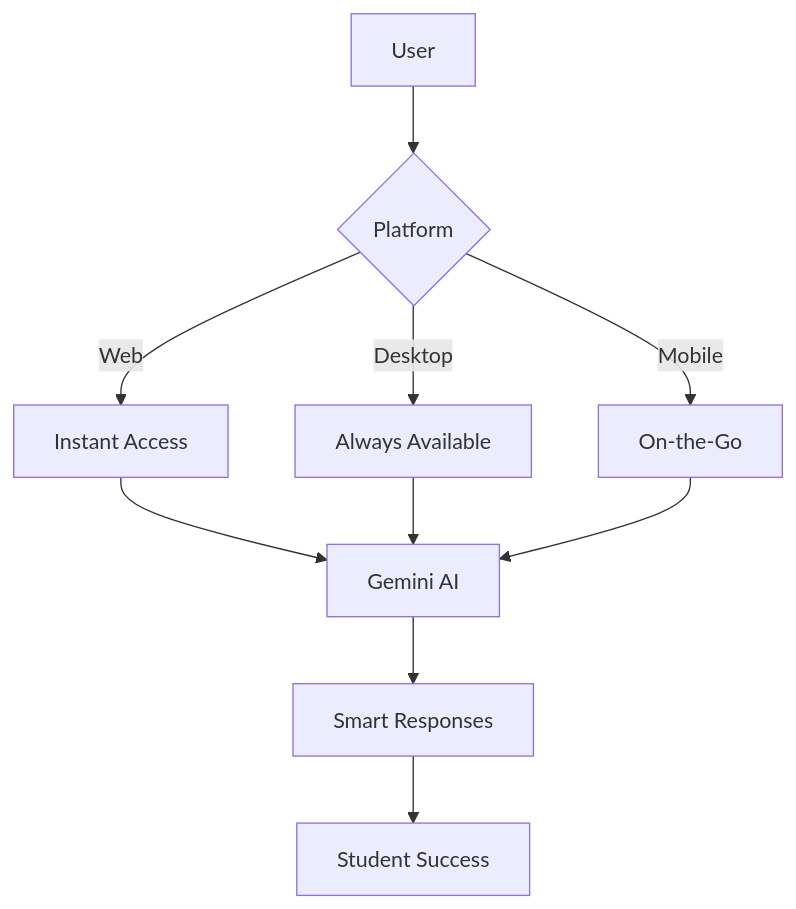
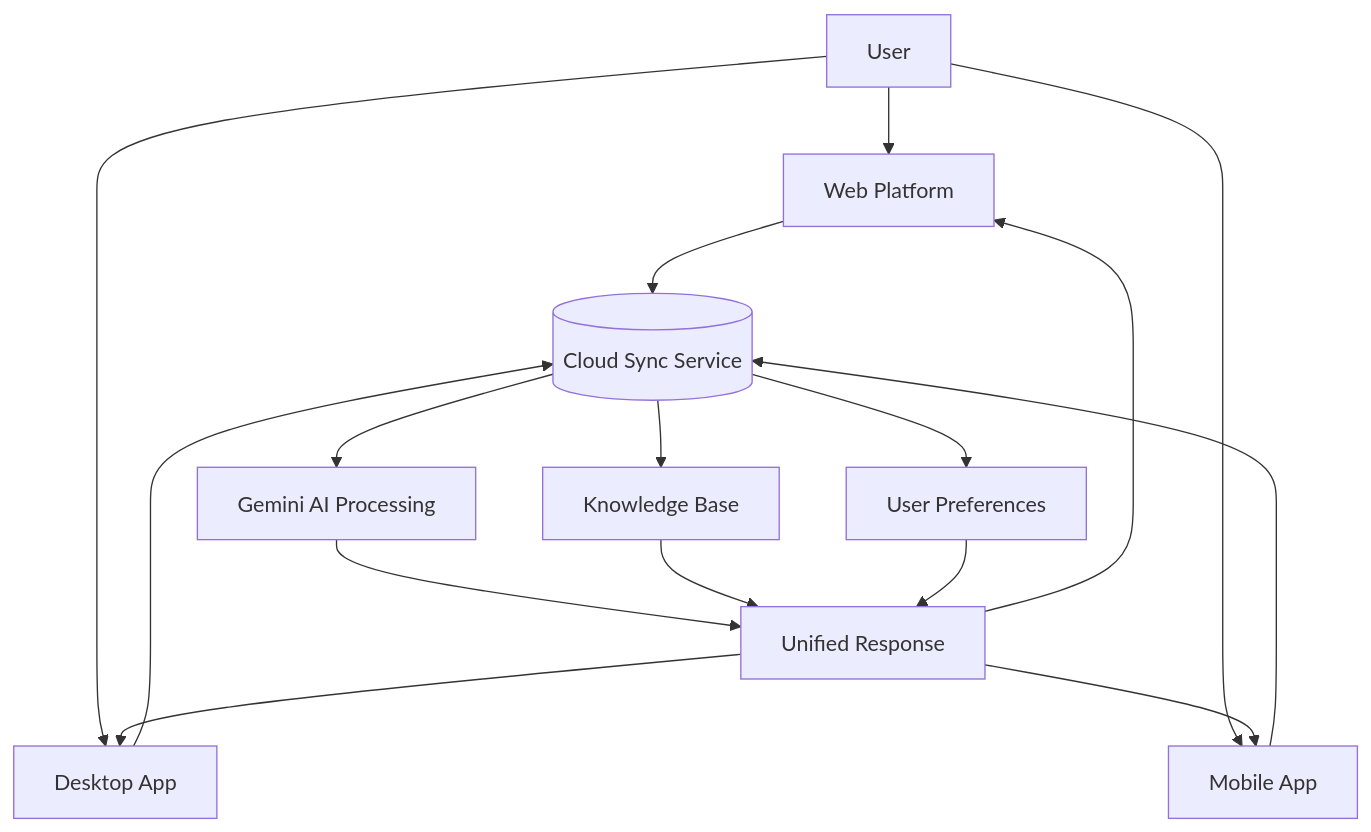
Before and after one commit to omijr123/BUPBuddy_AI-Assistant-Chatbot: the first of 3 diagrams in README.md, drawn with Mermaid. The commit also changed other lines of this file, not shown here.

````diff
--- a/README.md
+++ b/README.md
@@ -51,12 +56,22 @@
 ```mermaid
-graph TD
-    A[User] --> B{Platform}
-    B -->|Web| C[Instant Access]
-    B -->|Desktop| D[Always Available]
-    B -->|Mobile| E[On-the-Go]
-    C --> F[Gemini AI]
-    D --> F
-    E --> F
-    F --> G[Smart Responses]
-    G --> H[Student Success]
+graph TB
+    A[User] --> B[Web Platform]
+    A --> C[Desktop App]
+    A --> D[Mobile App]
+    
+    B --> E[(Cloud Sync Service)]
+    C --> E
+    D --> E
+    
+    E --> F[Gemini AI Processing]
+    E --> G[Knowledge Base]
+    E --> H[User Preferences]
+    
+    F --> I[Unified Response]
+    G --> I
+    H --> I
+    
+    I --> B
+    I --> C
+    I --> D
 ```
````
